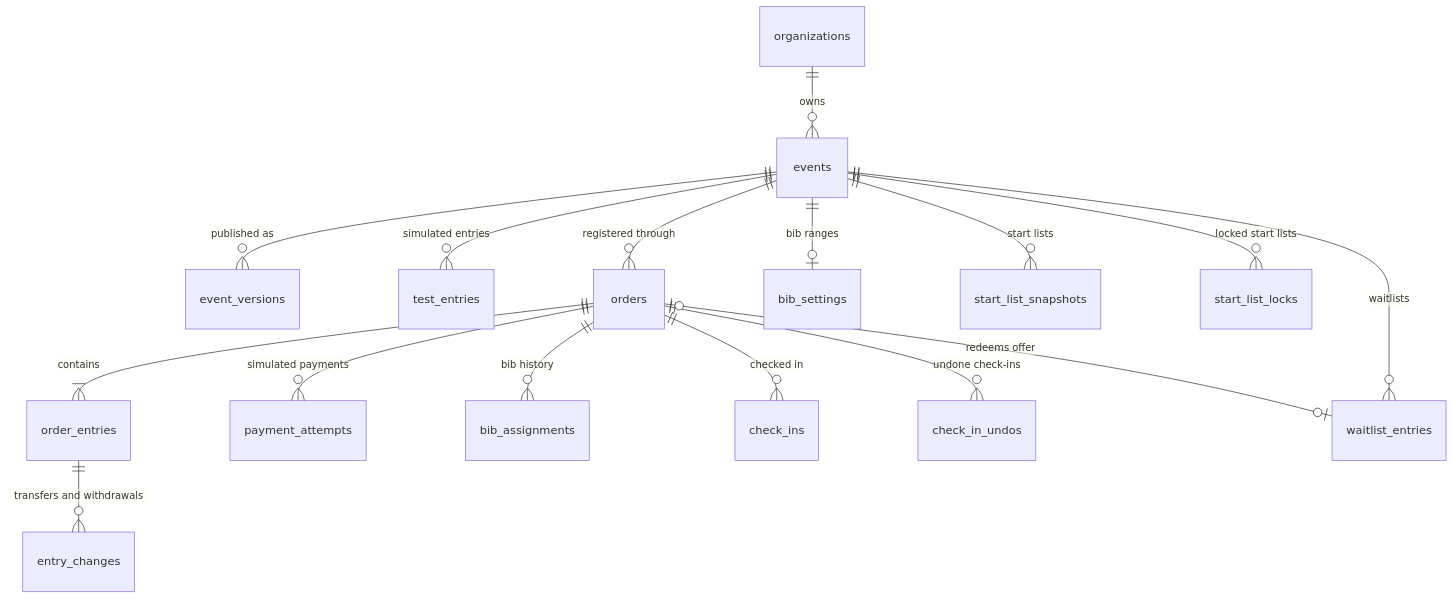
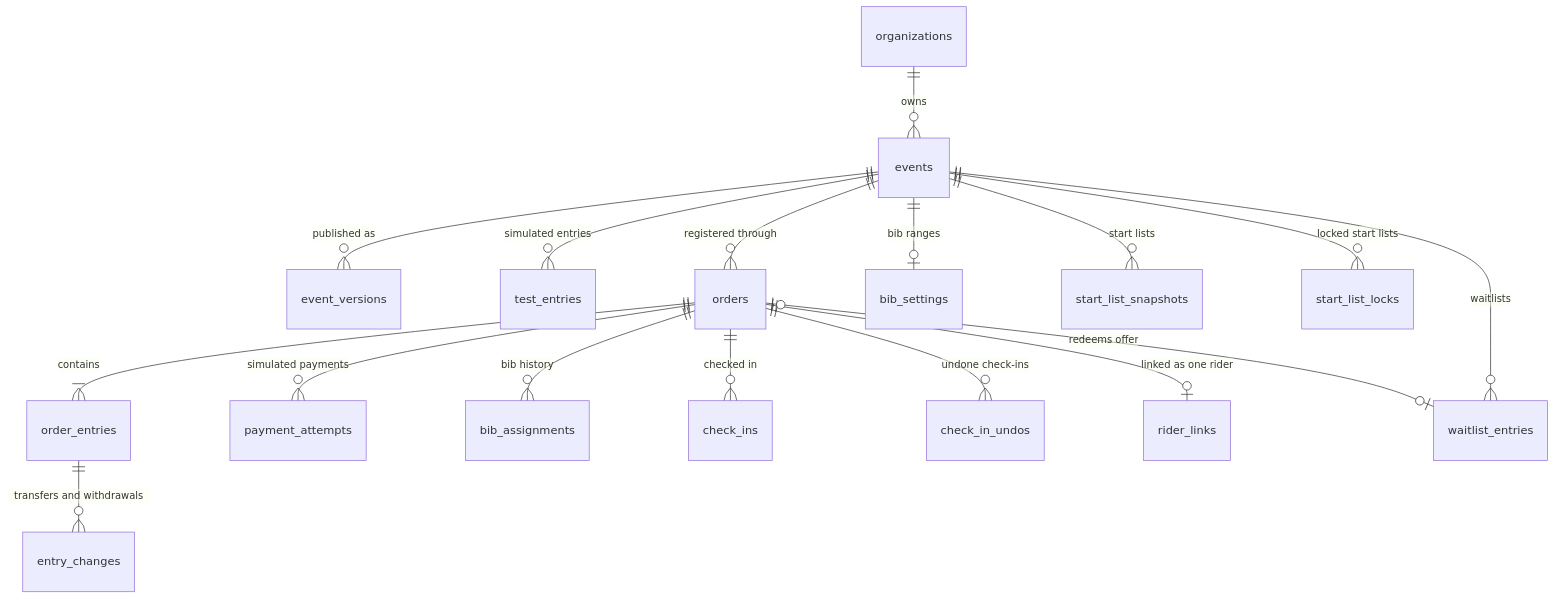
One commit to kchan1028/event-registration changed the first of 2 diagrams in DATA_MODEL.md. Above: the diagram before and after it, drawn with Mermaid. The commit also changed other lines of this file and 13 other files, not shown here.

````diff
--- a/DATA_MODEL.md
+++ b/DATA_MODEL.md
@@ -27,18 +27,19 @@
 ```mermaid
 erDiagram
     organizations ||--o{ events : owns
     events ||--o{ event_versions : "published as"
     events ||--o{ test_entries : "simulated entries"
     events ||--o{ orders : "registered through"
     orders ||--|{ order_entries : contains
     orders ||--o{ payment_attempts : "simulated payments"
     events ||--o| bib_settings : "bib ranges"
     orders ||--o{ bib_assignments : "bib history"
     orders ||--o{ check_ins : "checked in"
     orders ||--o{ check_in_undos : "undone check-ins"
+    orders ||--o| rider_links : "linked as one rider"
     events ||--o{ start_list_snapshots : "start lists"
     events ||--o{ start_list_locks : "locked start lists"
     events ||--o{ waitlist_entries : "waitlists"
     orders |o--o| waitlist_entries : "redeems offer"
     order_entries ||--o{ entry_changes : "transfers and withdrawals"
 ```
````
